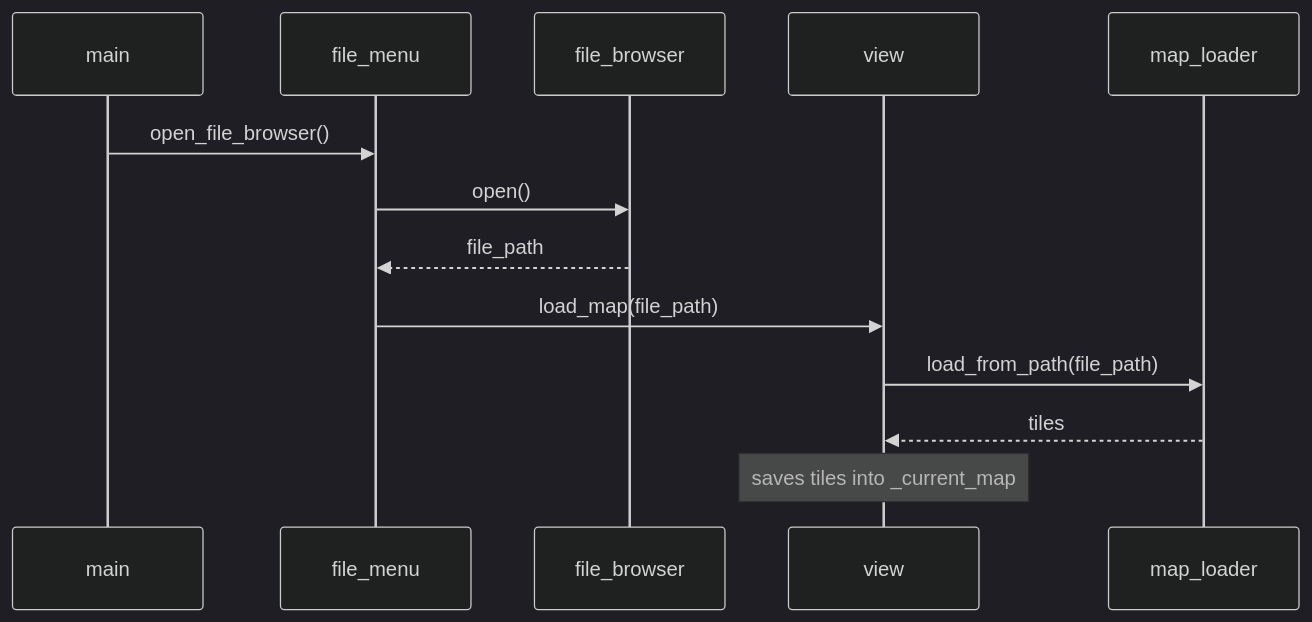
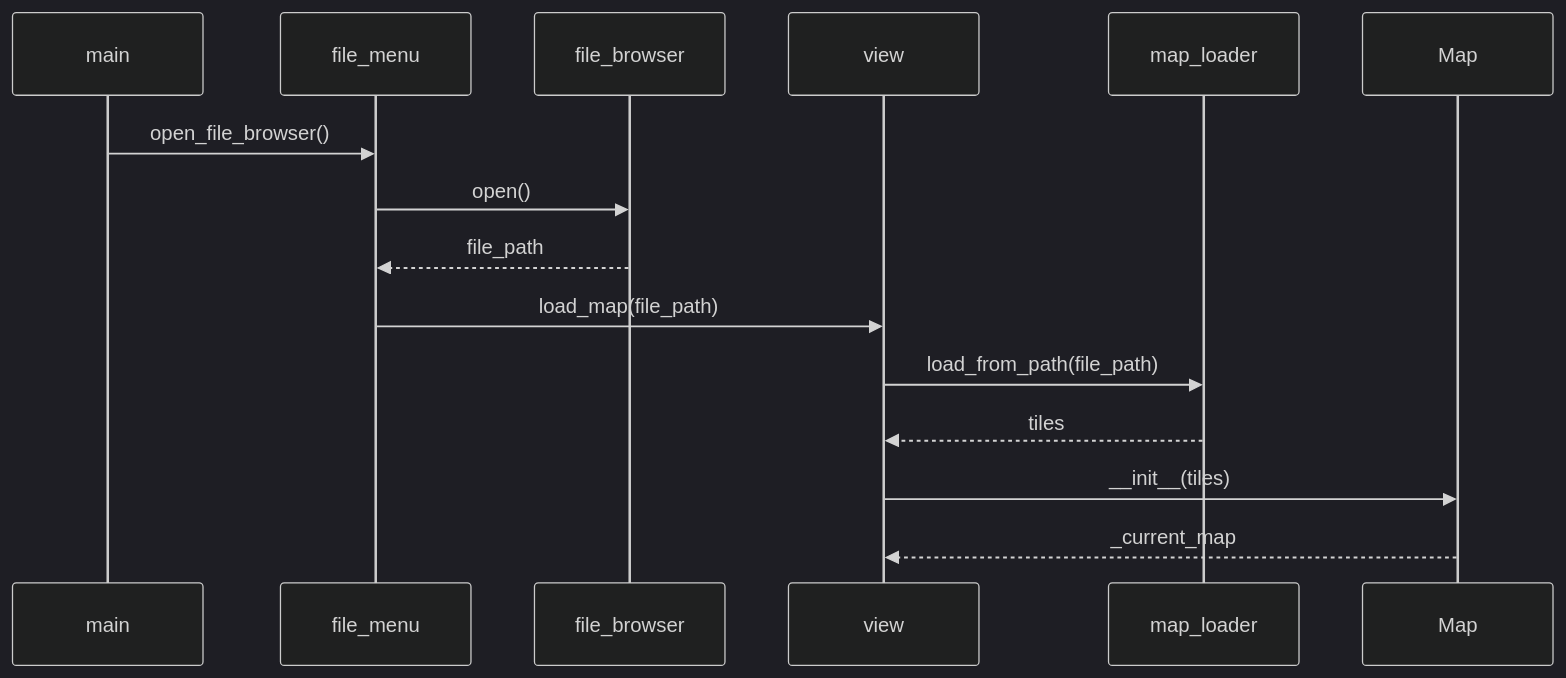
One commit to 0tso/ot-harjoitustyo changed the third of 4 diagrams in documentation/architecture.md. Above: the diagram before and after it, drawn with Mermaid (dark theme). The commit also changed other lines of this file, not shown here.

Commit message:
architecture formatting

````diff
--- a/documentation/architecture.md
+++ b/documentation/architecture.md
@@ -42,10 +47,11 @@
 ```mermaid
 sequenceDiagram
     main ->> file_menu: open_file_browser()
     file_menu ->> file_browser: open()
     file_browser -->> file_menu: file_path
     file_menu ->> view: load_map(file_path)
     view ->> map_loader: load_from_path(file_path)
     map_loader -->> view: tiles
-    Note over view: saves tiles into _current_map
+    view ->> Map: __init__(tiles)
+    Map -->> view: _current_map
 ```
````
